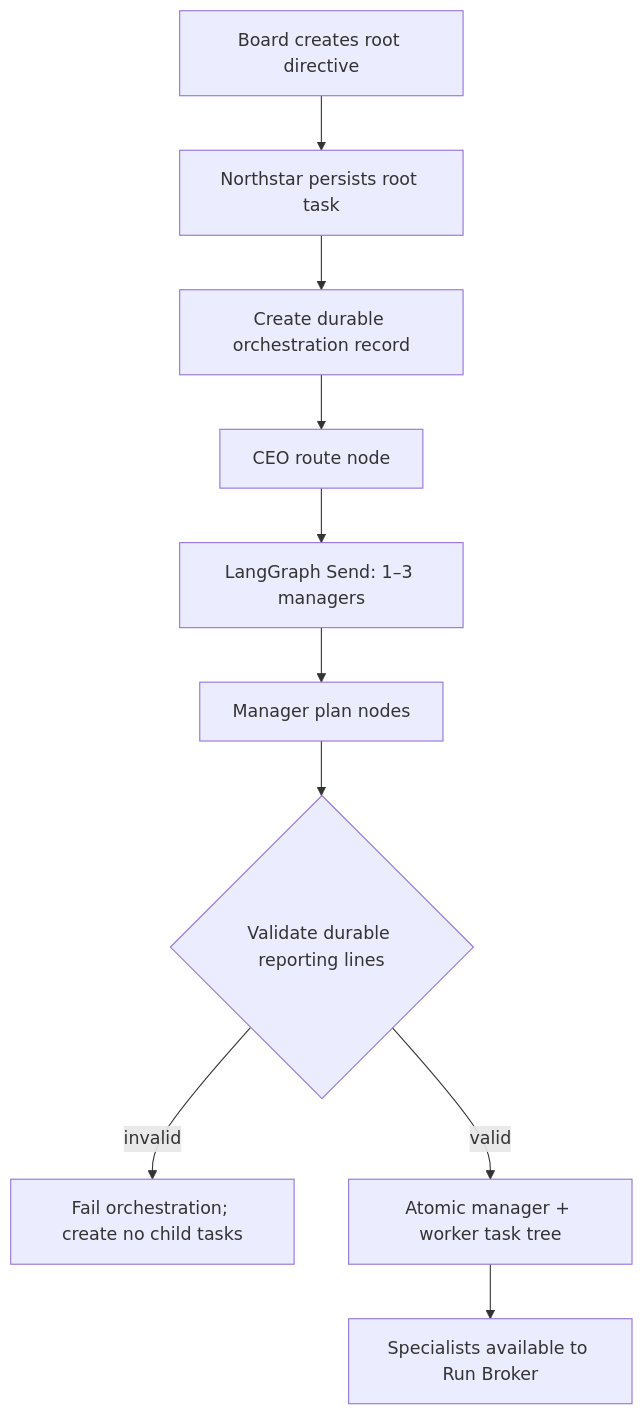
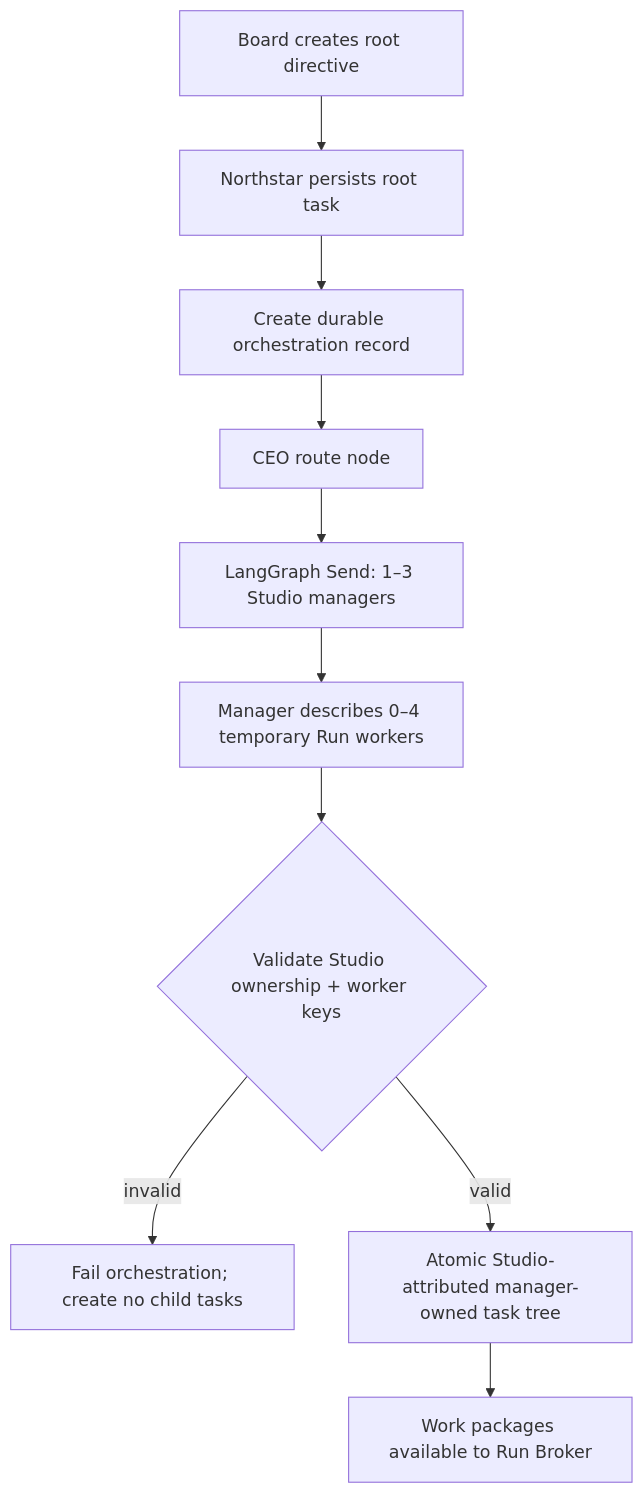
One commit to hX1-dev/pi-agent-collect changed the second of 2 diagrams in docs/architecture.md. Above: the diagram before and after it, drawn with Mermaid. The commit also changed other lines of this file and 40 other files, not shown here.

````diff
--- a/docs/architecture.md
+++ b/docs/architecture.md
@@ -62,12 +101,12 @@
 ```mermaid
 flowchart TD
     B["Board creates root directive"] --> N["Northstar persists root task"]
     N --> O["Create durable orchestration record"]
     O --> C["CEO route node"]
-    C --> F["LangGraph Send: 1–3 managers"]
-    F --> M["Manager plan nodes"]
-    M --> V{"Validate durable reporting lines"}
+    C --> F["LangGraph Send: 1–3 Studio managers"]
+    F --> M["Manager describes 0–4 temporary Run workers"]
+    M --> V{"Validate Studio ownership + worker keys"}
     V -->|invalid| E["Fail orchestration; create no child tasks"]
-    V -->|valid| T["Atomic manager + worker task tree"]
-    T --> R["Specialists available to Run Broker"]
+    V -->|valid| T["Atomic Studio-attributed manager-owned task tree"]
+    T --> R["Work packages available to Run Broker"]
 ```
````
